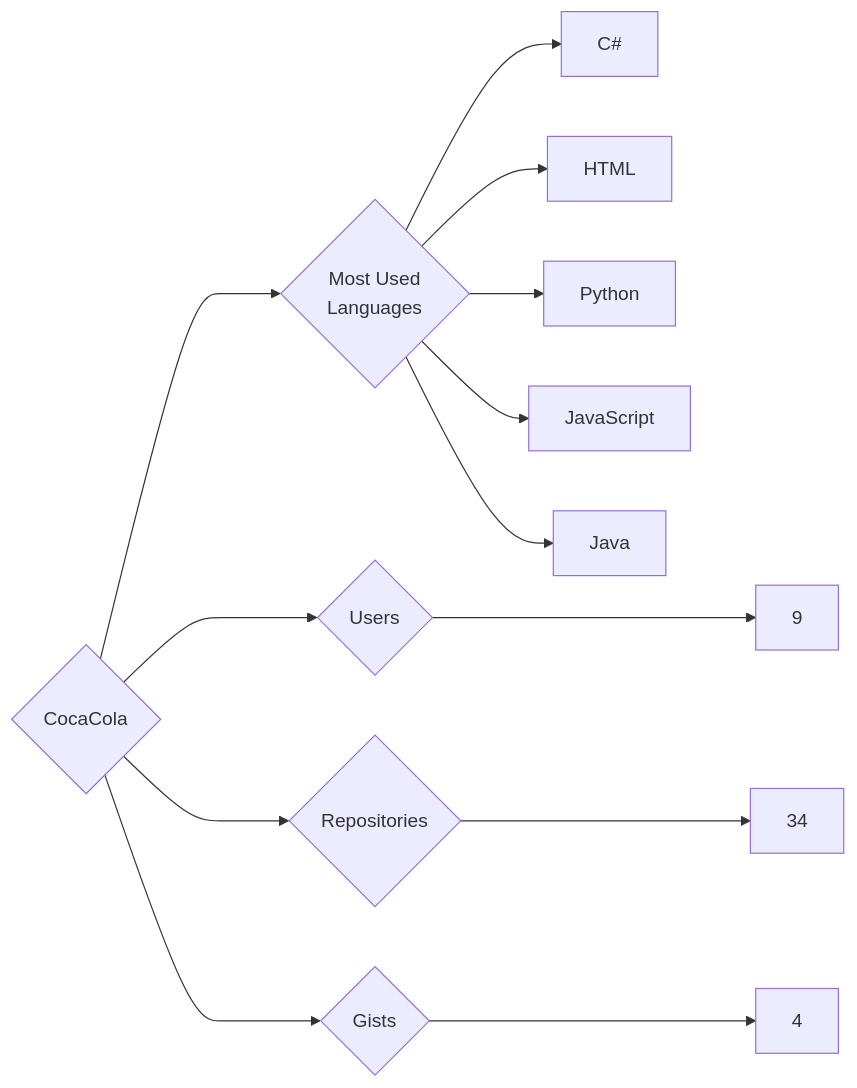
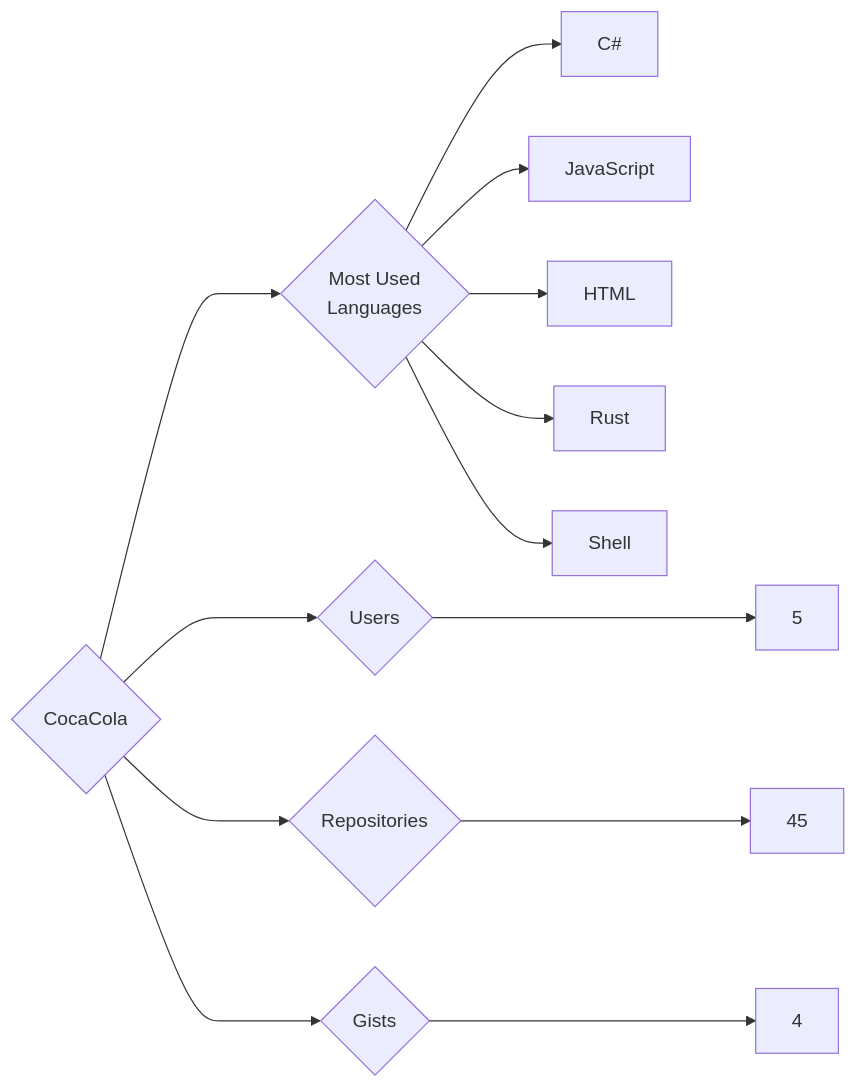
The diagram in targets/CocaCola/README.md (trickest/insiders), drawn with Mermaid before and after one commit. The commit also changed 1238 other files, not shown here.

````diff
--- a/targets/CocaCola/README.md
+++ b/targets/CocaCola/README.md
@@ -3,13 +3,13 @@
 ```mermaid
 graph LR
 COMPANY_NAME{CocaCola}
-COMPANY_NAME ---> U{Users} ---> UN[9]
-COMPANY_NAME ---> R{Repositories} ---> RN[34]
+COMPANY_NAME ---> U{Users} ---> UN[5]
+COMPANY_NAME ---> R{Repositories} ---> RN[45]
 COMPANY_NAME ---> G{Gists} ---> GN[4]
 COMPANY_NAME ---> ML{Most Used<br>Languages}
 ML --> C#[C#]
+ML --> JavaScript[JavaScript]
 ML --> HTML[HTML]
-ML --> Python[Python]
-ML --> JavaScript[JavaScript]
-ML --> Java[Java]
+ML --> Rust[Rust]
+ML --> Shell[Shell]
 ```
````
